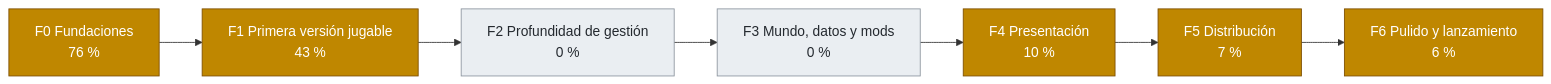
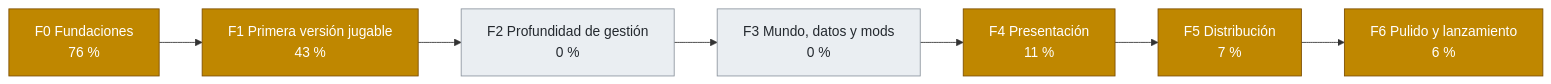
Before and after one commit to dariogea/BM27: the second of 2 diagrams in docs/roadmap.md, drawn with Mermaid. The commit also changed other lines of this file and 31 other files, not shown here.

````diff
--- a/docs/roadmap.md
+++ b/docs/roadmap.md
@@ -50,21 +50,21 @@
 ```mermaid
 flowchart LR
   F0["F0 Fundaciones<br/>76 %"]
   F1["F1 Primera versión jugable<br/>43 %"]
   F2["F2 Profundidad de gestión<br/>0 %"]
   F3["F3 Mundo, datos y mods<br/>0 %"]
-  F4["F4 Presentación<br/>10 %"]
+  F4["F4 Presentación<br/>11 %"]
   F5["F5 Distribución<br/>7 %"]
   F6["F6 Pulido y lanzamiento<br/>6 %"]
   F0 --> F1 --> F2 --> F3 --> F4 --> F5 --> F6
   classDef hecho fill:#2da44e,color:#fff,stroke:#1a7f37;
   classDef curso fill:#bf8700,color:#fff,stroke:#7d4e00;
   classDef pendiente fill:#eaeef2,color:#24292f,stroke:#8c959f;
   class F0 curso;
   class F1 curso;
   class F2 pendiente;
   class F3 pendiente;
   class F4 curso;
   class F5 curso;
   class F6 curso;
 ```
````
